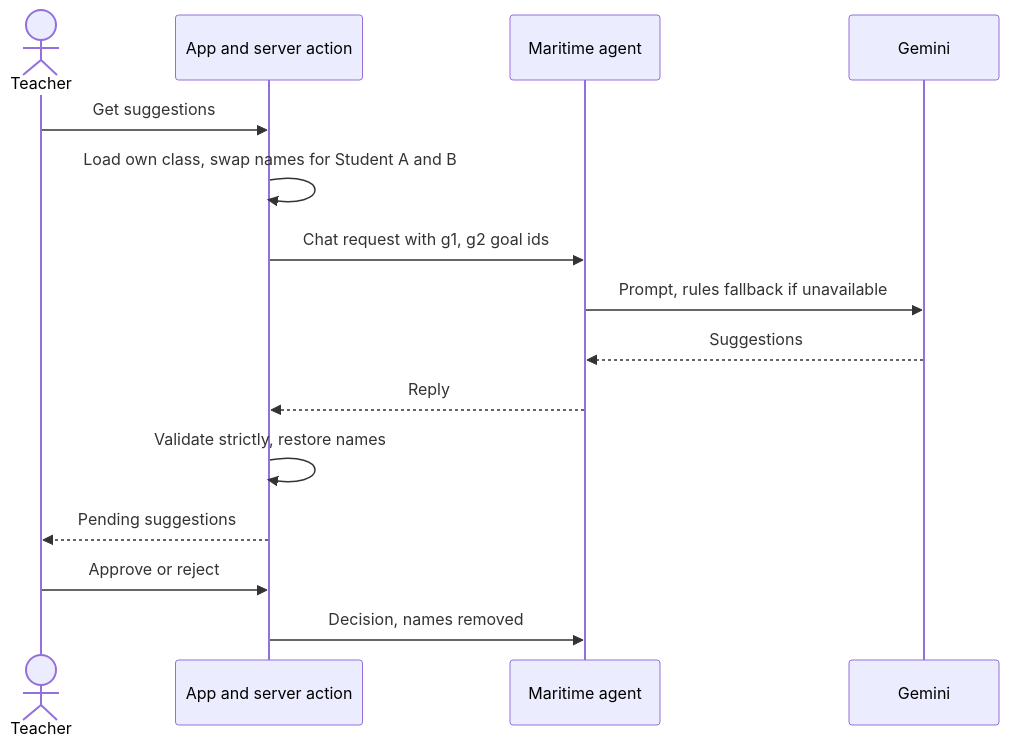
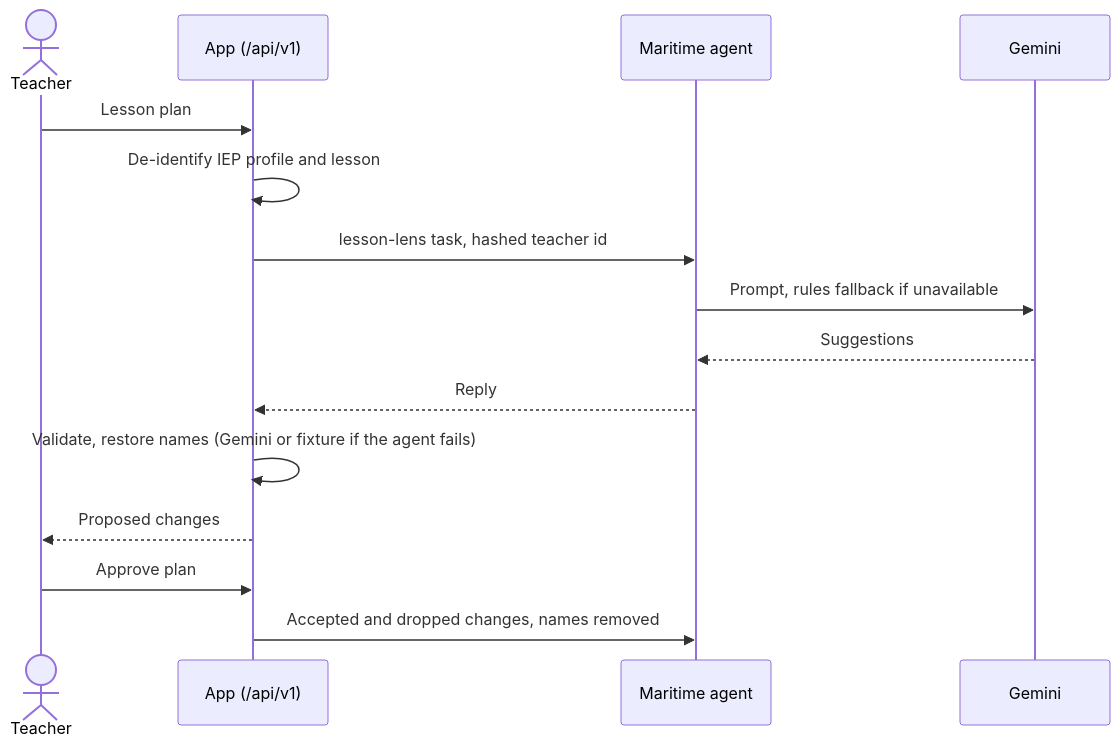
The fourth of 4 diagrams in README.md (vvictort/hackcamp-2026), drawn with Mermaid before and after one commit. The commit also changed other lines of this file and 26 other files, not shown here.

First line of the commit message:
lesson lens: route the live /api/v1 flow through the Maritime agent; remove the dead src/actions pipeline

````diff
--- a/README.md
+++ b/README.md
@@ -204,17 +203,17 @@
 ```mermaid
 sequenceDiagram
   actor T as Teacher
-  participant A as App and server action
+  participant A as App (/api/v1)
   participant M as Maritime agent
   participant G as Gemini
-  T->>A: Get suggestions
-  A->>A: Load own class, swap names for Student A and B
-  A->>M: Chat request with g1, g2 goal ids
+  T->>A: Lesson plan
+  A->>A: De-identify IEP profile and lesson
+  A->>M: lesson-lens task, hashed teacher id
   M->>G: Prompt, rules fallback if unavailable
   G-->>M: Suggestions
   M-->>A: Reply
-  A->>A: Validate strictly, restore names
-  A-->>T: Pending suggestions
-  T->>A: Approve or reject
-  A->>M: Decision, names removed
+  A->>A: Validate, restore names (Gemini or fixture if the agent fails)
+  A-->>T: Proposed changes
+  T->>A: Approve plan
+  A->>M: Accepted and dropped changes, names removed
 ```
````
